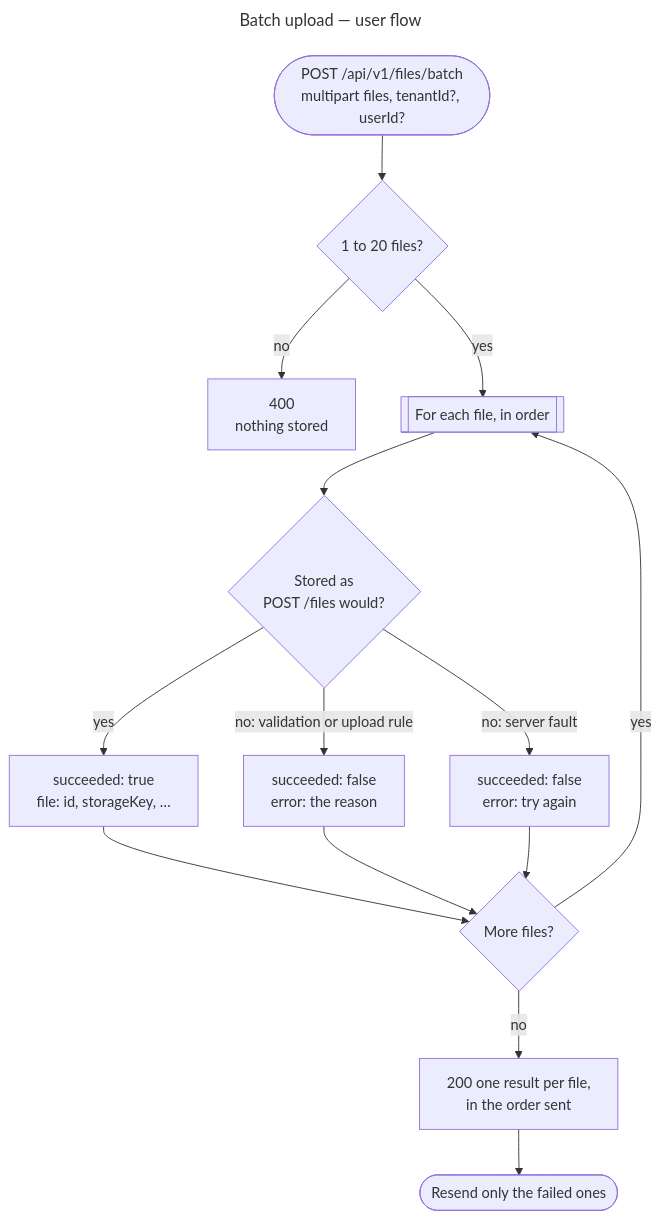
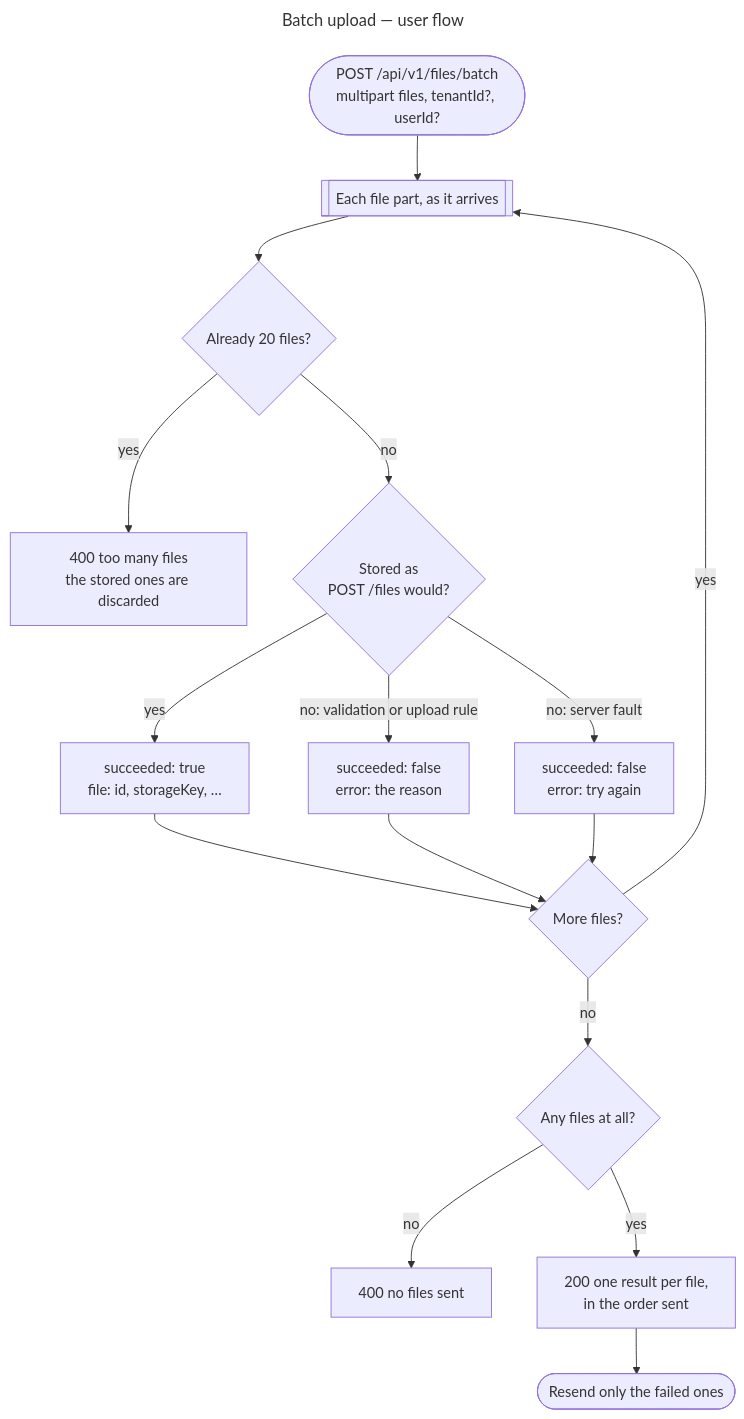
Before and after one commit to gmetskhvarishvili/GM.FileStorage.Samples: the fourth of 11 diagrams in docs/user-flows.md, drawn with Mermaid. The commit also changed other lines of this file and 15 other files, not shown here.

````diff
--- a/docs/user-flows.md
+++ b/docs/user-flows.md
@@ -86,19 +92,21 @@
 ```mermaid
 ---
 title: Batch upload — user flow
 ---
 flowchart TD
-    start([POST /api/v1/files/batch<br/>multipart files, tenantId?, userId?]) --> count{1 to 20 files?}
-    count -- no --> c400[400<br/>nothing stored]
-    count -- yes --> each[[For each file, in order]]
-    each --> one{Stored as<br/>POST /files would?}
+    start([POST /api/v1/files/batch<br/>multipart files, tenantId?, userId?]) --> each[[Each file part, as it arrives]]
+    each --> limit{Already 20 files?}
+    limit -- yes --> c400[400 too many files<br/>the stored ones are discarded]
+    limit -- no --> one{Stored as<br/>POST /files would?}
     one -- yes --> okItem[succeeded: true<br/>file: id, storageKey, …]
     one -- "no: validation or upload rule" --> badItem[succeeded: false<br/>error: the reason]
     one -- "no: server fault" --> errItem[succeeded: false<br/>error: try again]
     okItem --> more{More files?}
     badItem --> more
     errItem --> more
     more -- yes --> each
-    more -- no --> ok[200 one result per file,<br/>in the order sent]
+    more -- no --> none{Any files at all?}
+    none -- no --> e400[400 no files sent]
+    none -- yes --> ok[200 one result per file,<br/>in the order sent]
     ok --> retry([Resend only the failed ones])
 ```
````
